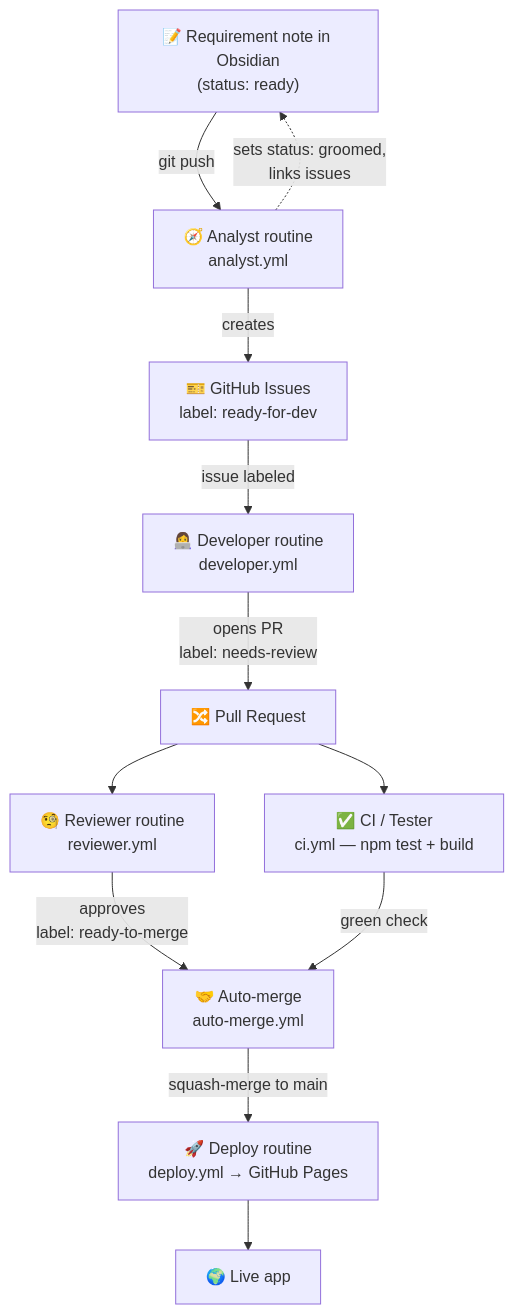
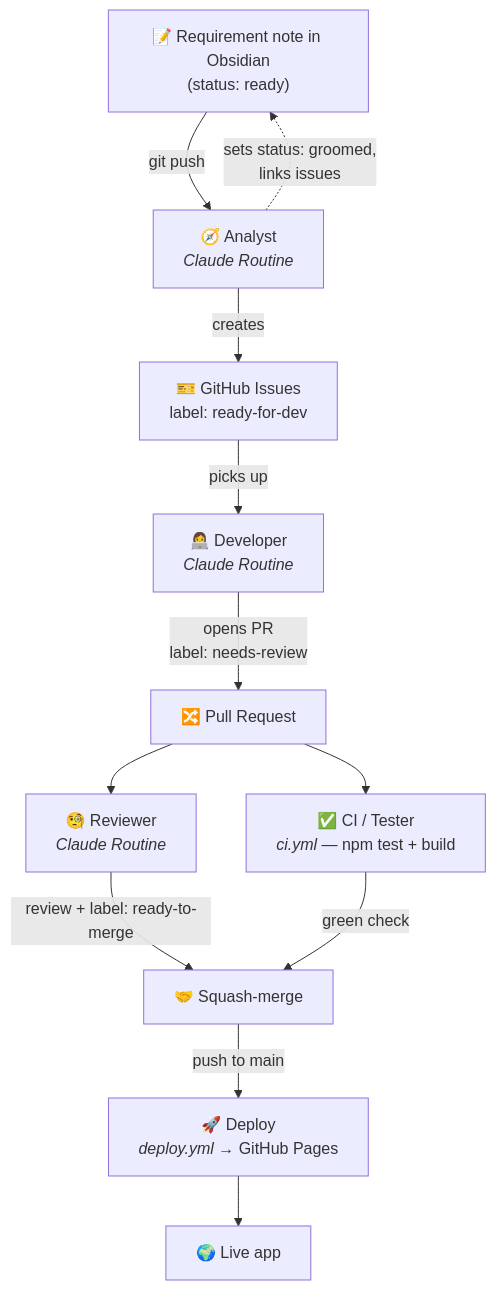
The diagram in vault/09 - How it works/SDLC Pipeline.md (markoub/zenith), drawn with Mermaid before and after one commit. The commit also changed other lines of this file and 7 other files, not shown here.

First line of the commit message:
Pivot agent stages to Claude Routines; keep CI + deploy as Actions

````diff
--- a/vault/09 - How it works/SDLC Pipeline.md
+++ b/vault/09 - How it works/SDLC Pipeline.md
@@ -13,14 +13,14 @@
 ```mermaid
 flowchart TD
     A["📝 Requirement note in Obsidian<br/>(status: ready)"] -->|git push| B
-    B["🧭 Analyst routine<br/>analyst.yml"] -->|creates| C["🎫 GitHub Issues<br/>label: ready-for-dev"]
-    C -->|issue labeled| D["👩‍💻 Developer routine<br/>developer.yml"]
+    B["🧭 Analyst<br/><i>Claude Routine</i>"] -->|creates| C["🎫 GitHub Issues<br/>label: ready-for-dev"]
+    C -->|picks up| D["👩‍💻 Developer<br/><i>Claude Routine</i>"]
     D -->|opens PR<br/>label: needs-review| E["🔀 Pull Request"]
-    E --> F["✅ CI / Tester<br/>ci.yml — npm test + build"]
-    E --> G["🧐 Reviewer routine<br/>reviewer.yml"]
-    G -->|approves<br/>label: ready-to-merge| H["🤝 Auto-merge<br/>auto-merge.yml"]
+    E --> F["✅ CI / Tester<br/><i>ci.yml</i> — npm test + build"]
+    E --> G["🧐 Reviewer<br/><i>Claude Routine</i>"]
+    G -->|review + label: ready-to-merge| H["🤝 Squash-merge"]
     F -->|green check| H
-    H -->|squash-merge to main| I["🚀 Deploy routine<br/>deploy.yml → GitHub Pages"]
+    H -->|push to main| I["🚀 Deploy<br/><i>deploy.yml</i> → GitHub Pages"]
     I --> J["🌍 Live app"]
     B -.->|sets status: groomed,<br/>links issues| A
 ```
````
